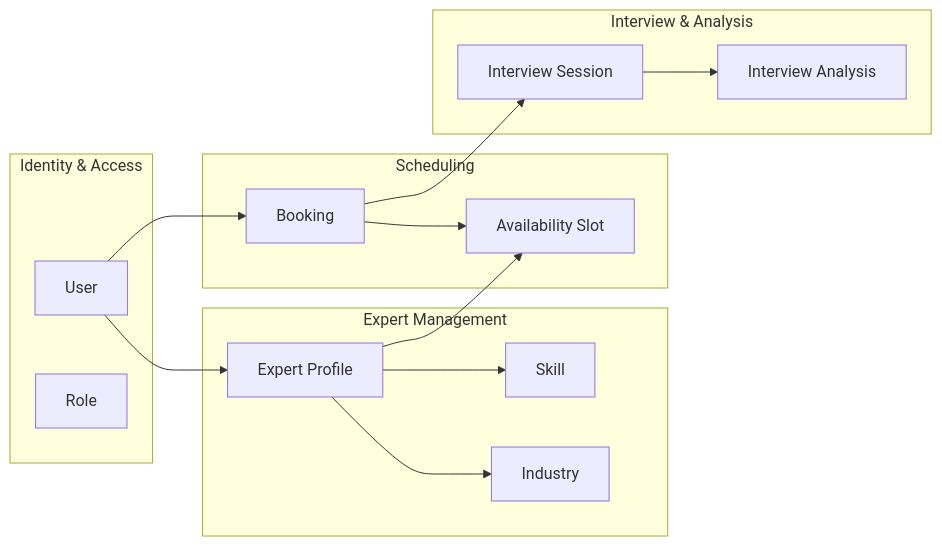
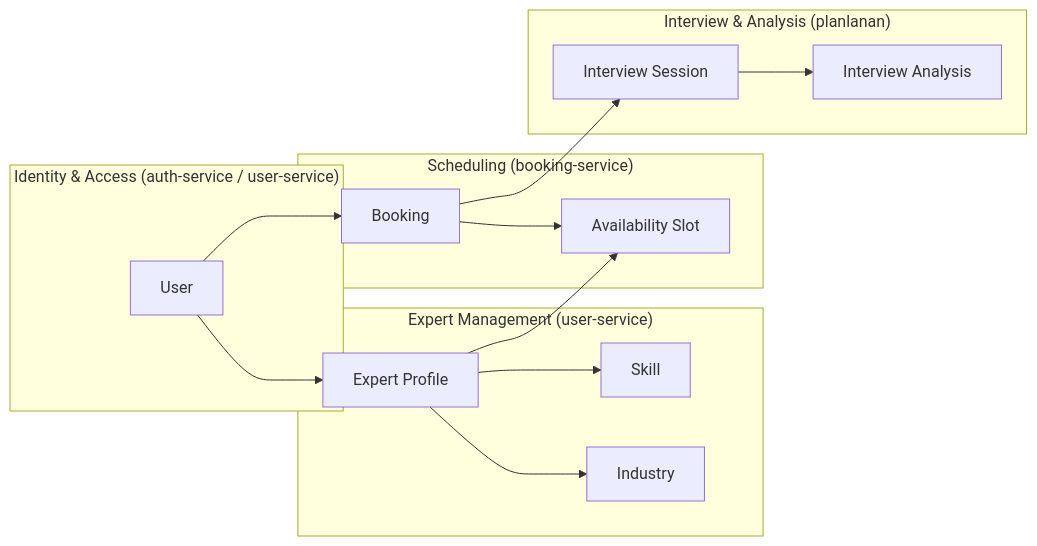
Before and after one commit to Ulwus/Internview: the first of 3 diagrams in docs/domain-model.md, drawn with Mermaid. The commit also changed other lines of this file, not shown here.

Commit message:
docs(domain-model): kodla uyumlu hale getir (UserRole enum, ExpertProfile alanlari, UUID id, scheduledStart/End, planlanan entity isaretleri)

````diff
--- a/docs/domain-model.md
+++ b/docs/domain-model.md
@@ -9,32 +11,31 @@
 ```mermaid
 graph LR
-    subgraph "Identity & Access"
+    subgraph "Identity & Access (auth-service / user-service)"
         User["User"]
-        Role["Role"]
     end
 
-    subgraph "Expert Management"
+    subgraph "Expert Management (user-service)"
         ExpertProfile["Expert Profile"]
         Skill["Skill"]
         Industry["Industry"]
     end
 
-    subgraph "Scheduling"
+    subgraph "Scheduling (booking-service)"
         AvailabilitySlot["Availability Slot"]
         Booking["Booking"]
     end
 
-    subgraph "Interview & Analysis"
+    subgraph "Interview & Analysis (planlanan)"
         InterviewSession["Interview Session"]
         InterviewAnalysis["Interview Analysis"]
     end
 
     User --> ExpertProfile
     User --> Booking
     ExpertProfile --> Skill
     ExpertProfile --> Industry
     ExpertProfile --> AvailabilitySlot
     Booking --> AvailabilitySlot
     Booking --> InterviewSession
     InterviewSession --> InterviewAnalysis
 ```
````
